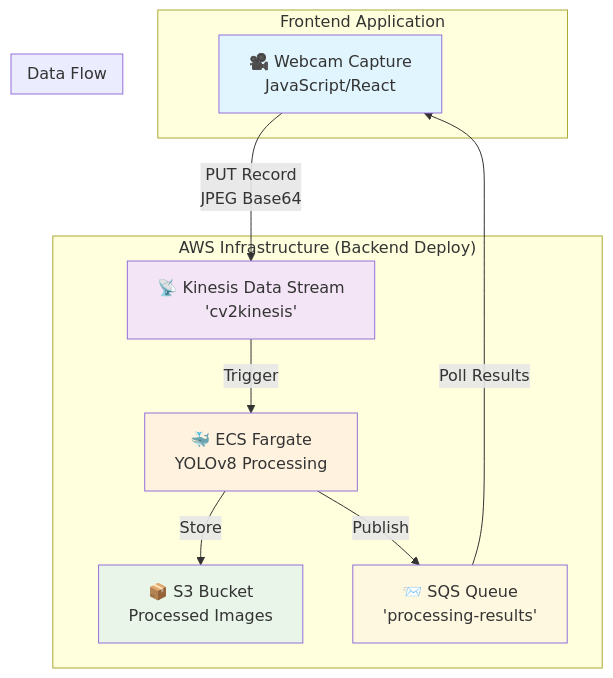
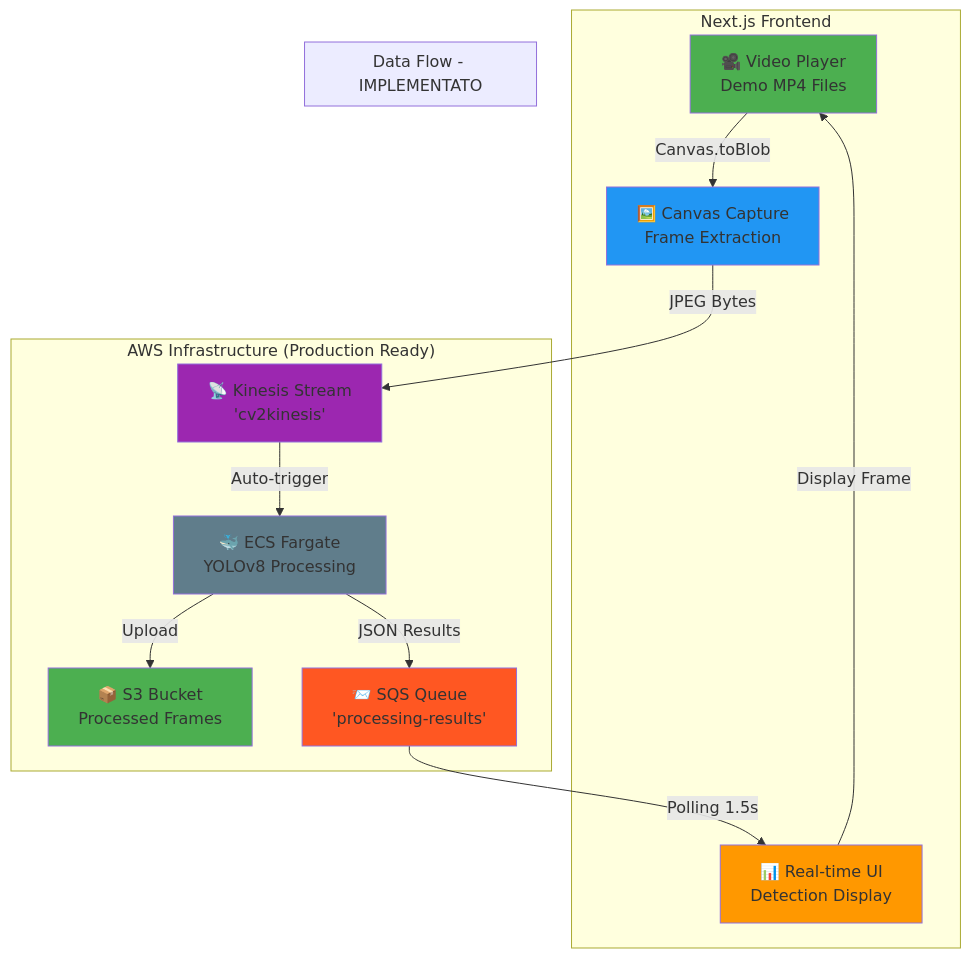
Before and after one commit to PedemonteGiacomo/KinaseVideoProcessing: the first of 2 diagrams in infrastructure/docs/FRONTEND_INTEGRATION_GUIDE.md, drawn with Mermaid. The commit also changed other lines of this file, not shown here.

Commit message:
update frontend integration guide with optimized video processing and real-time UI enhancements

````diff
--- a/infrastructure/docs/FRONTEND_INTEGRATION_GUIDE.md
+++ b/infrastructure/docs/FRONTEND_INTEGRATION_GUIDE.md
@@ -8,27 +8,33 @@
 ```mermaid
 graph TB
-    subgraph "Frontend Application"
-        FE[🎥 Webcam Capture<br/>JavaScript/React]
+    subgraph "Next.js Frontend"
+        VIDEO[🎥 Video Player<br/>Demo MP4 Files]
+        CANVAS[🖼️ Canvas Capture<br/>Frame Extraction]
+        UI[📊 Real-time UI<br/>Detection Display]
     end
     
-    subgraph "AWS Infrastructure (Backend Deploy)"
-        KDS[📡 Kinesis Data Stream<br/>'cv2kinesis']
+    subgraph "AWS Infrastructure (Production Ready)"
+        KDS[📡 Kinesis Stream<br/>'cv2kinesis']
         ECS[🐳 ECS Fargate<br/>YOLOv8 Processing]
-        S3[📦 S3 Bucket<br/>Processed Images]
+        S3[📦 S3 Bucket<br/>Processed Frames]
         SQS[📨 SQS Queue<br/>'processing-results']
     end
     
-    subgraph "Data Flow"
-        FE -->|PUT Record<br/>JPEG Base64| KDS
-        KDS -->|Trigger| ECS
-        ECS -->|Store| S3
-        ECS -->|Publish| SQS
-        SQS -->|Poll Results| FE
+    subgraph "Data Flow - IMPLEMENTATO"
+        VIDEO -->|Canvas.toBlob| CANVAS
+        CANVAS -->|JPEG Bytes| KDS
+        KDS -->|Auto-trigger| ECS
+        ECS -->|Upload| S3
+        ECS -->|JSON Results| SQS
+        SQS -->|Polling 1.5s| UI
+        UI -->|Display Frame| VIDEO
     end
     
-    style FE fill:#e1f5fe
-    style KDS fill:#f3e5f5
-    style ECS fill:#fff3e0
-    style S3 fill:#e8f5e8
-    style SQS fill:#fff8e1
+    style VIDEO fill:#4caf50
+    style CANVAS fill:#2196f3
+    style UI fill:#ff9800
+    style KDS fill:#9c27b0
+    style ECS fill:#607d8b
+    style S3 fill:#4caf50
+    style SQS fill:#ff5722
 ```
````
